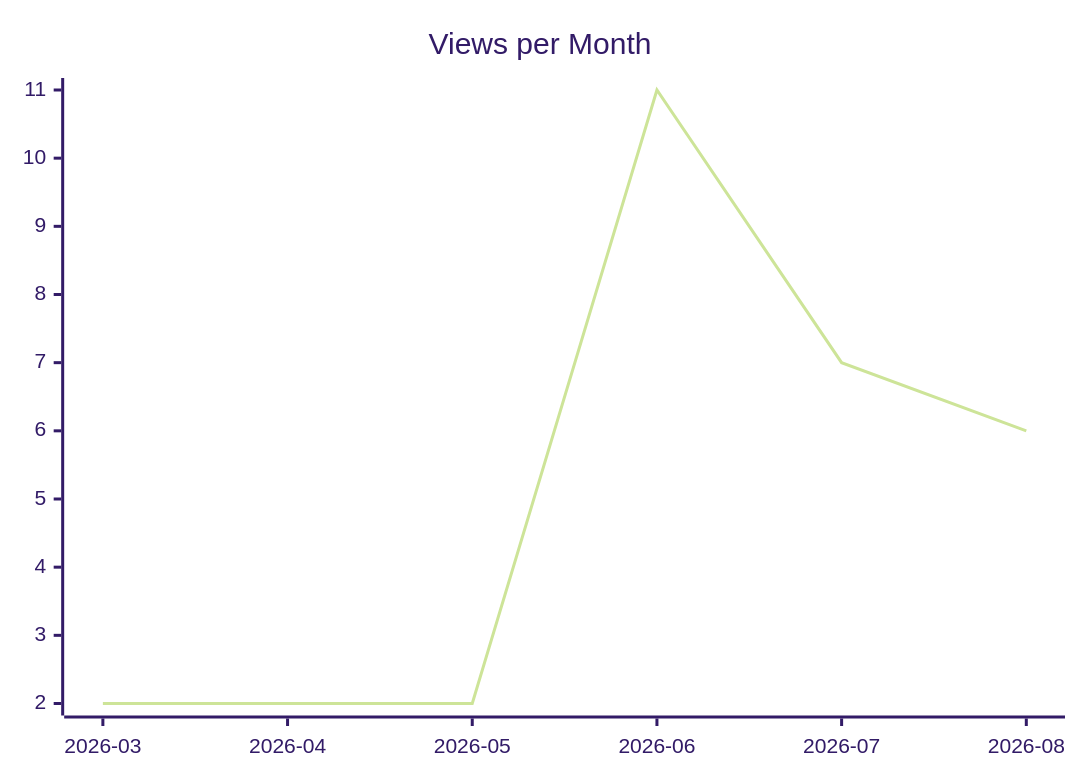
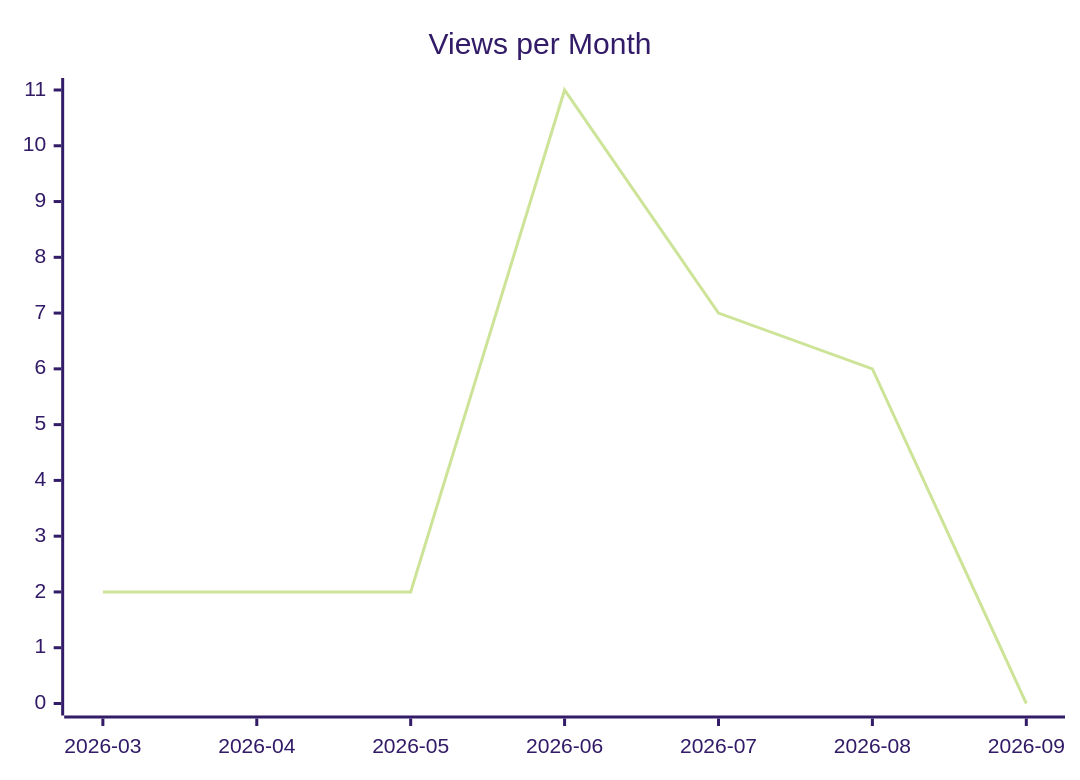
The second of 3 diagrams in karlmdavis/ansible-role-jenkins2/README.md (justdavis-family/github-analytics-data), drawn with Mermaid (forest theme) before and after one commit. The commit also changed other lines of this file and 191 other files, not shown here.

````diff
--- a/karlmdavis/ansible-role-jenkins2/README.md
+++ b/karlmdavis/ansible-role-jenkins2/README.md
@@ -12,6 +12,6 @@
 ```mermaid
 xychart-beta
   title "Views per Month"
-  x-axis ["2026-03", "2026-04", "2026-05", "2026-06", "2026-07", "2026-08"]
-  line [2, 2, 2, 11, 7, 6]
+  x-axis ["2026-03", "2026-04", "2026-05", "2026-06", "2026-07", "2026-08", "2026-09"]
+  line [2, 2, 2, 11, 7, 6, 0]
 ```
````
